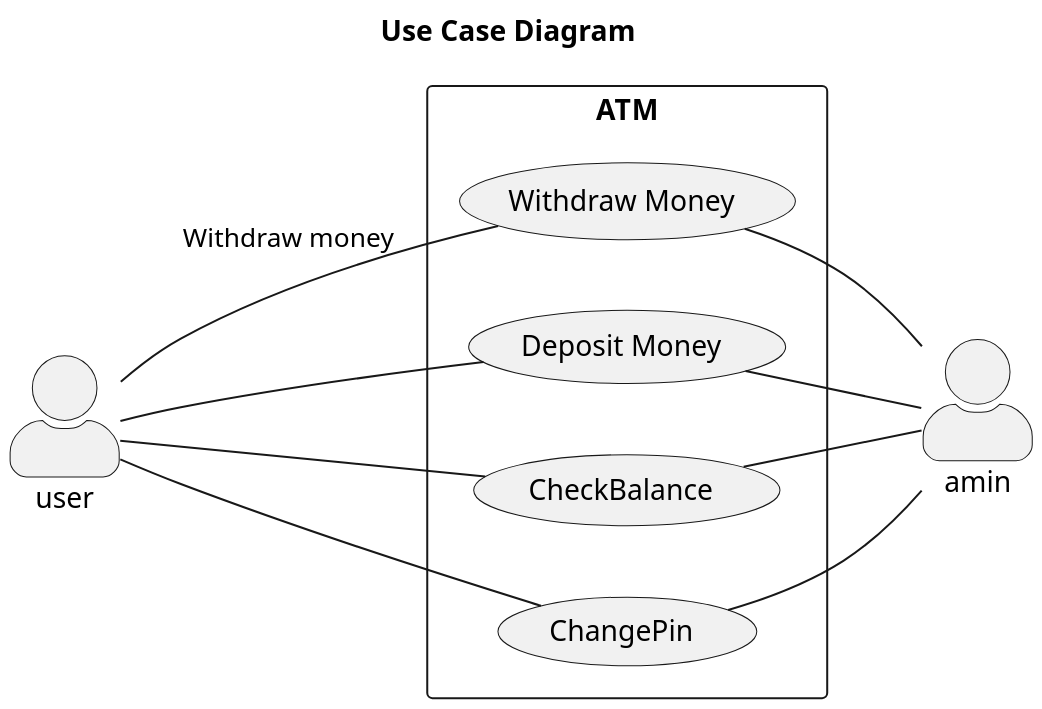
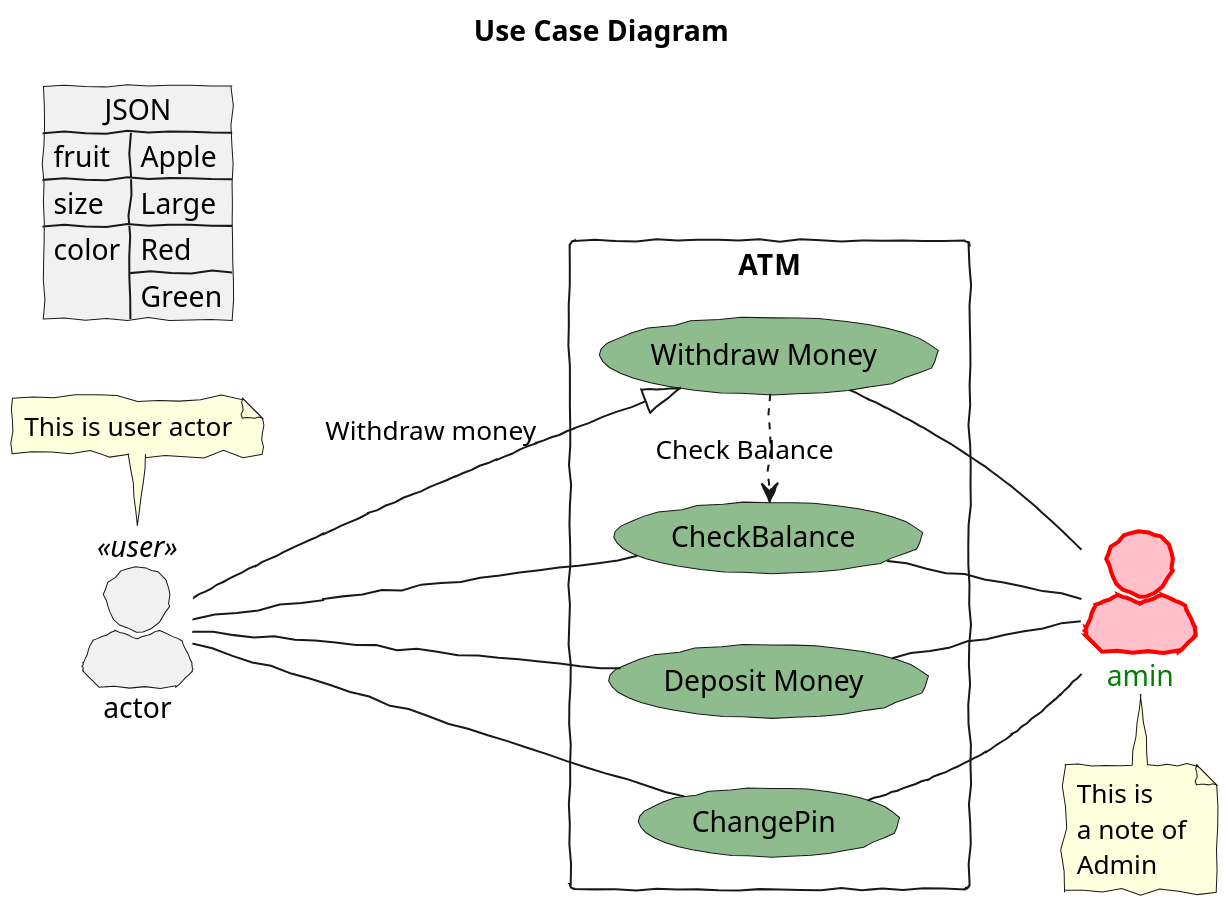
Before and after one commit to JeevanJaison/PlantUML: the diagram in useCaseATM.plantuml, drawn with PlantUML.

Commit message:
use case

```diff
--- a/useCaseATM.plantuml
+++ b/useCaseATM.plantuml
@@ -1,22 +1,44 @@
 @startuml
 scale 2
 title "Use Case Diagram"
 left to right direction
+skinparam handwritten true
 skinparam actorStyle awesome
-actor user as u
-actor amin as a
+actor <<user>> as u 
+actor amin as a #pink;line:red;line.bold;text:green
 rectangle ATM{
-    usecase "Withdraw Money" as wm
+    usecase "Withdraw Money" as wm 
     usecase "Deposit Money" as dm
     usecase "CheckBalance" as cb
     usecase "ChangePin" as cp
 }
-u--wm: "Withdraw money"
+
+skinparam usecase{
+    BackgroundColor DarkSeaGreen
+    BorgerColor DarkSlateGray
+}
+u--|>wm: "Withdraw money"
 u--dm
 u--cb
 u--cp
 wm--a
 dm--a
 cb--a
 cp--a
+
+wm .> cb: "Check Balance"
+
+note top of u: This is user actor
+note bottom of a
+    This is
+    a note of
+    Admin
+end note
+
+json JSON{
+   "fruit":"Apple",
+   "size":"Large",
+   "color": ["Red", "Green"]
+}
+
 @enduml
```
